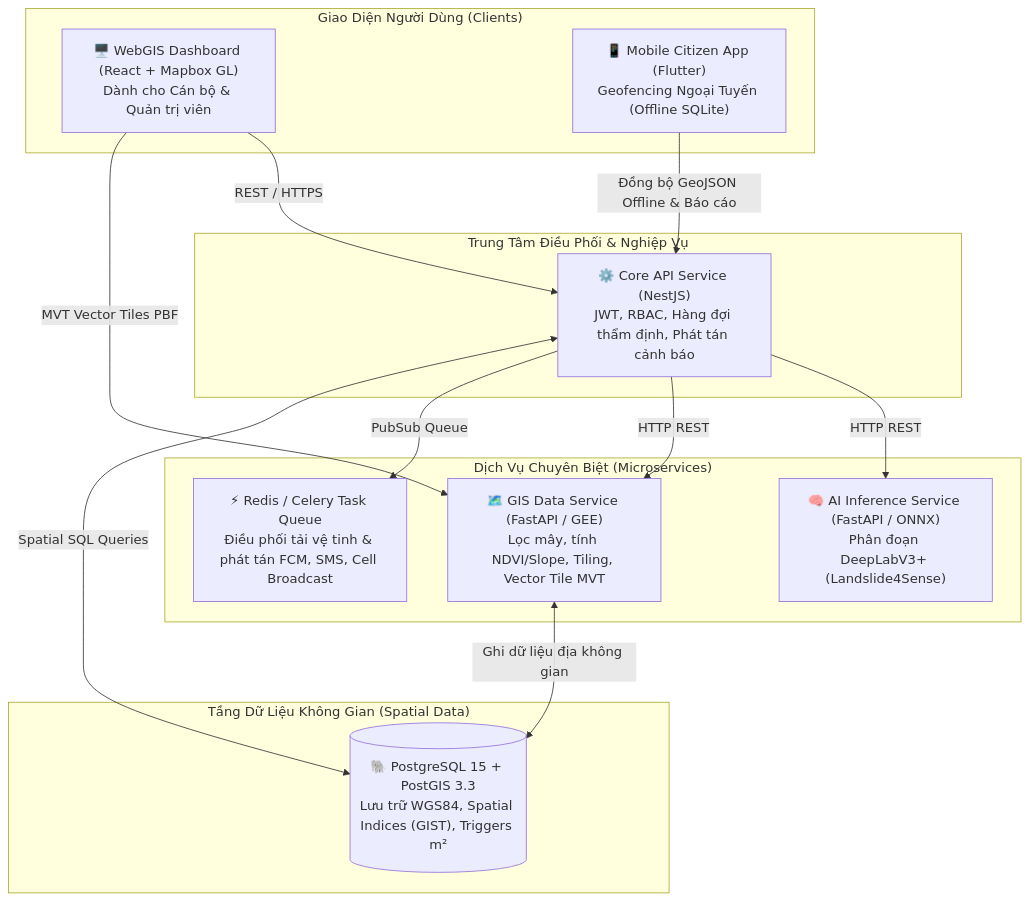
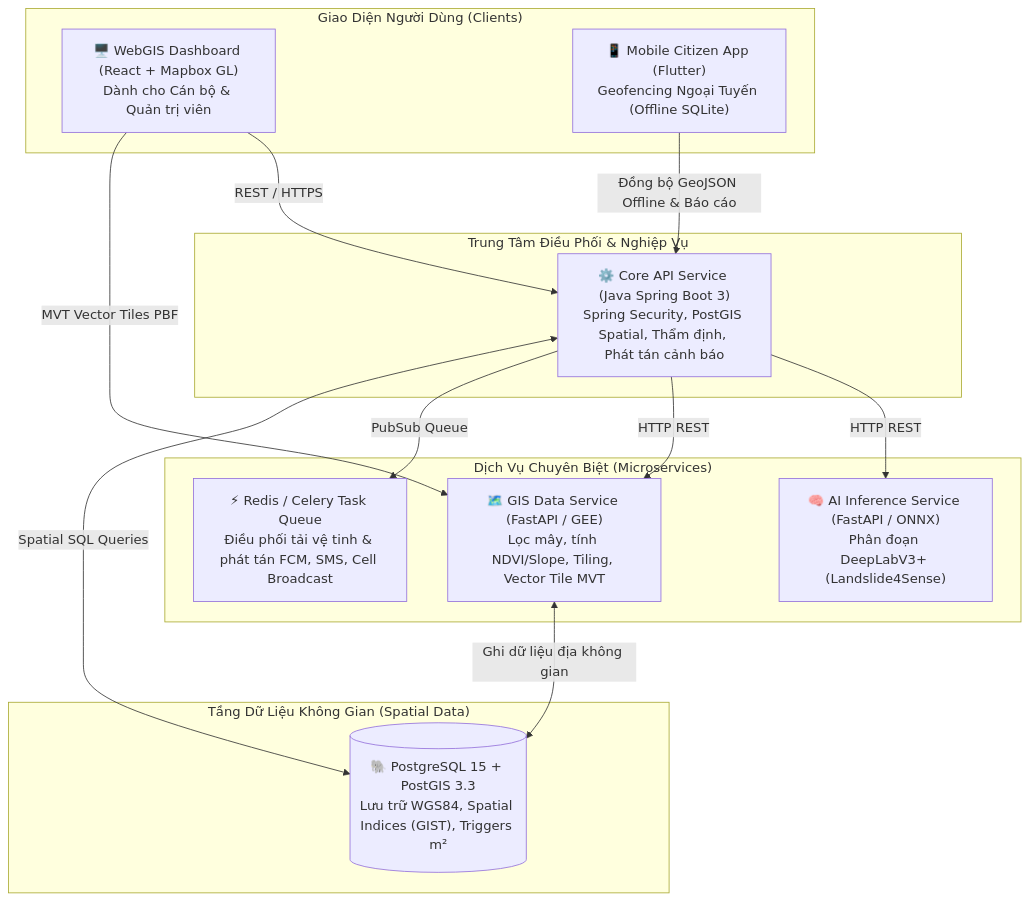
One commit to Duan0603/TerraWatch changed the diagram in README.md. Above: the diagram before and after it, drawn with Mermaid. The commit also changed other lines of this file and 37 other files, not shown here.

Commit message:
feat(backend): migrate Core API to Java 17 + Spring Boot 3 with PostGIS and Swagger

````diff
--- a/README.md
+++ b/README.md
@@ -41,31 +41,31 @@
 ```mermaid
 graph TD
     subgraph Clients ["Giao Diện Người Dùng (Clients)"]
         WebGIS["🖥️ WebGIS Dashboard (React + Mapbox GL)<br/>Dành cho Cán bộ & Quản trị viên"]
         MobileApp["📱 Mobile Citizen App (Flutter)<br/>Geofencing Ngoại Tuyến (Offline SQLite)"]
     end
 
     subgraph GatewayCore ["Trung Tâm Điều Phối & Nghiệp Vụ"]
-        CoreAPI["⚙️ Core API Service (NestJS)<br/>JWT, RBAC, Hàng đợi thẩm định, Phát tán cảnh báo"]
+        CoreAPI["⚙️ Core API Service (Java Spring Boot 3)<br/>Spring Security, PostGIS Spatial, Thẩm định, Phát tán cảnh báo"]
     end
 
     subgraph Microservices ["Dịch Vụ Chuyên Biệt (Microservices)"]
         AIService["🧠 AI Inference Service (FastAPI / ONNX)<br/>Phân đoạn DeepLabV3+ (Landslide4Sense)"]
         GISService["🗺️ GIS Data Service (FastAPI / GEE)<br/>Lọc mây, tính NDVI/Slope, Tiling, Vector Tile MVT"]
         RedisWorker["⚡ Redis / Celery Task Queue<br/>Điều phối tải vệ tinh & phát tán FCM, SMS, Cell Broadcast"]
     end
 
     subgraph DataStorage ["Tầng Dữ Liệu Không Gian (Spatial Data)"]
         PostGIS[("🐘 PostgreSQL 15 + PostGIS 3.3<br/>Lưu trữ WGS84, Spatial Indices (GIST), Triggers m²")]
     end
 
     WebGIS -->|REST / HTTPS| CoreAPI
     WebGIS -->|MVT Vector Tiles PBF| GISService
     MobileApp -->|Đồng bộ GeoJSON Offline & Báo cáo| CoreAPI
 
     CoreAPI -->|HTTP REST| AIService
     CoreAPI -->|HTTP REST| GISService
     CoreAPI -->|PubSub Queue| RedisWorker
     CoreAPI <-->|Spatial SQL Queries| PostGIS
     GISService <-->|Ghi dữ liệu địa không gian| PostGIS
 ```
````
